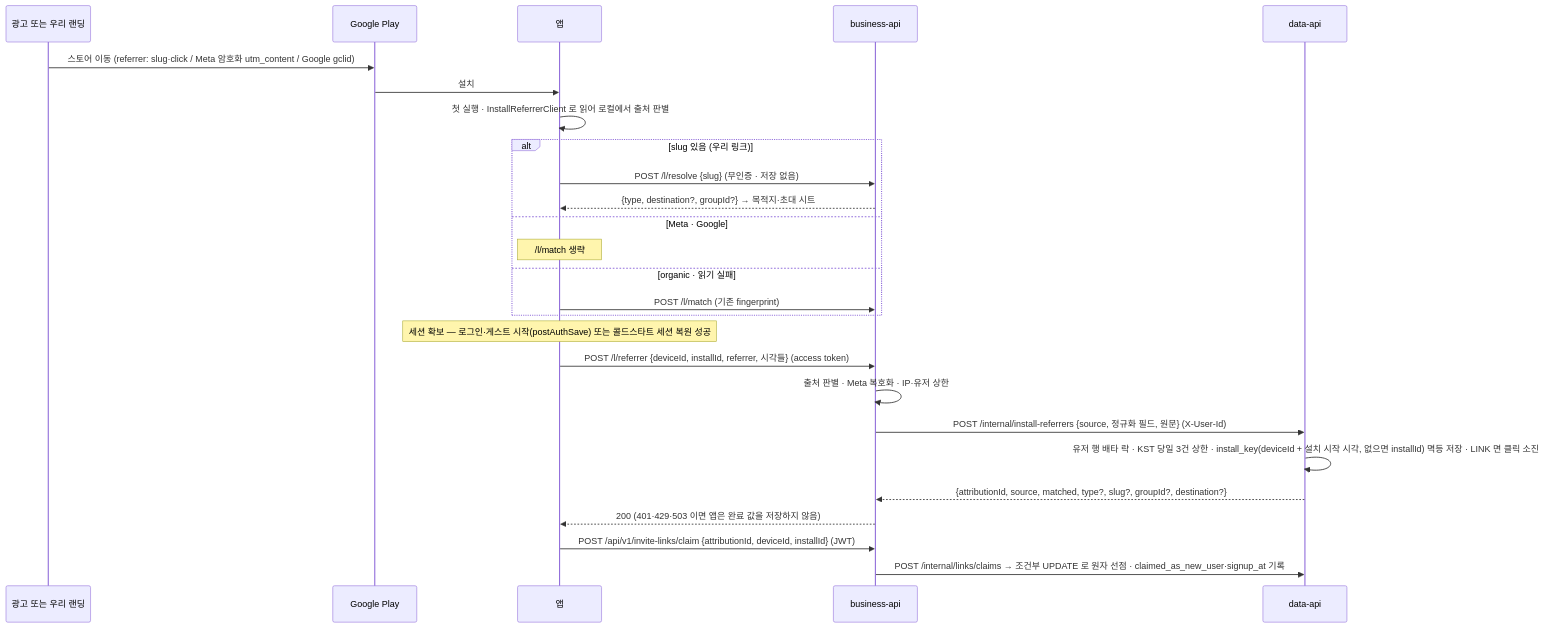
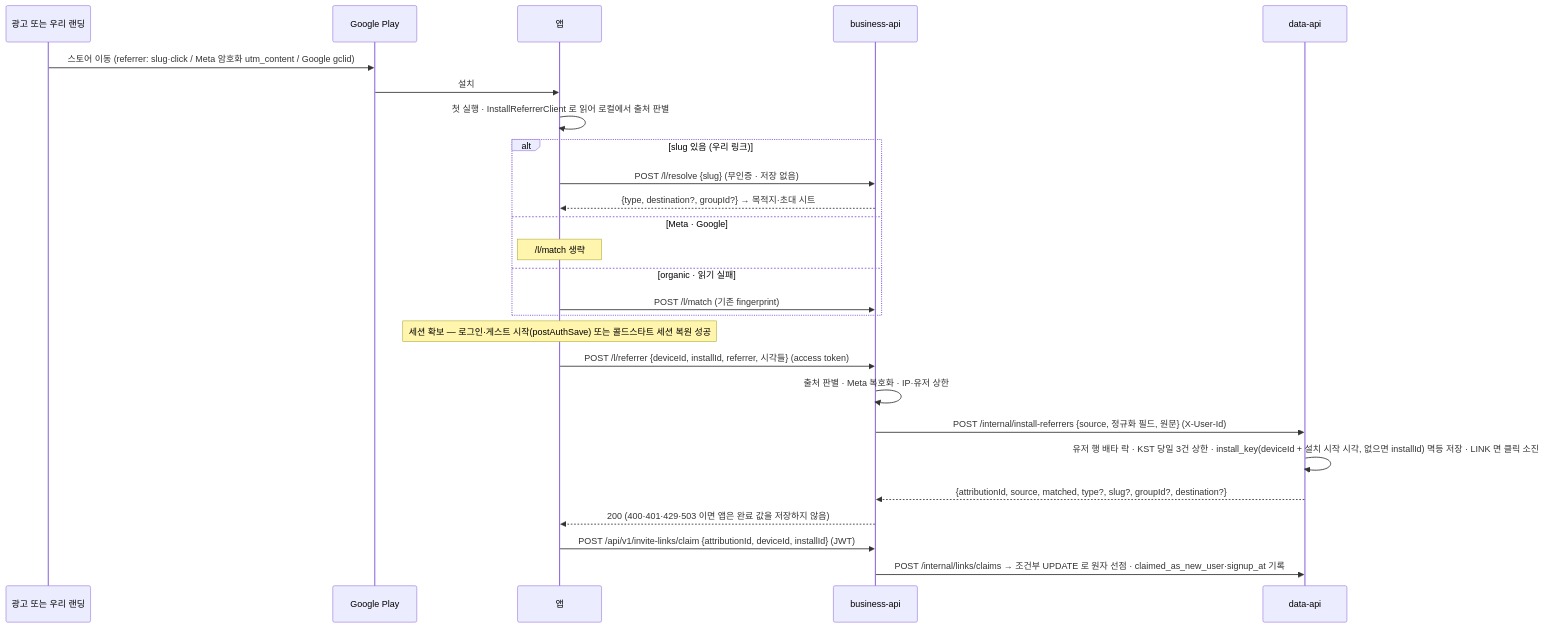
One commit to OneOrThree/phone changed the third of 4 diagrams in docs/prd/link-attribution/high-level-design.md. Above: the diagram before and after it, drawn with Mermaid. The commit also changed 1 other file, not shown here.

Commit message:
[CHORE] GROMO-1799 claude 8라운드 반영 — referrer 400 을 완료값 미저장 목록에
- HLD §3.3 시퀀스 노트와 LLD §5 앱 계약의 "완료 값을 저장하지 않는 응답"에 400(installId 없음)을 더한다

````diff
--- a/docs/prd/link-attribution/high-level-design.md
+++ b/docs/prd/link-attribution/high-level-design.md
@@ -90,28 +90,28 @@
 ```mermaid
 sequenceDiagram
   participant Src as 광고 또는 우리 랜딩
   participant P as Google Play
   participant A as 앱
   participant B as business-api
   participant D as data-api
   Src->>P: 스토어 이동 (referrer: slug·click / Meta 암호화 utm_content / Google gclid)
   P->>A: 설치
   A->>A: 첫 실행 · InstallReferrerClient 로 읽어 로컬에서 출처 판별
   alt slug 있음 (우리 링크)
     A->>B: POST /l/resolve {slug} (무인증 · 저장 없음)
     B-->>A: {type, destination?, groupId?} → 목적지·초대 시트
   else Meta · Google
     Note over A: /l/match 생략
   else organic · 읽기 실패
     A->>B: POST /l/match (기존 fingerprint)
   end
   Note over A: 세션 확보 — 로그인·게스트 시작(postAuthSave) 또는 콜드스타트 세션 복원 성공
   A->>B: POST /l/referrer {deviceId, installId, referrer, 시각들} (access token)
   B->>B: 출처 판별 · Meta 복호화 · IP·유저 상한
   B->>D: POST /internal/install-referrers {source, 정규화 필드, 원문} (X-User-Id)
   D->>D: 유저 행 배타 락 · KST 당일 3건 상한 · install_key(deviceId + 설치 시작 시각, 없으면 installId) 멱등 저장 · LINK 면 클릭 소진
   D-->>B: {attributionId, source, matched, type?, slug?, groupId?, destination?}
-  B-->>A: 200 (401·429·503 이면 앱은 완료 값을 저장하지 않음)
+  B-->>A: 200 (400·401·429·503 이면 앱은 완료 값을 저장하지 않음)
   A->>B: POST /api/v1/invite-links/claim {attributionId, deviceId, installId} (JWT)
   B->>D: POST /internal/links/claims → 조건부 UPDATE 로 원자 선점 · claimed_as_new_user·signup_at 기록
 ```
````
